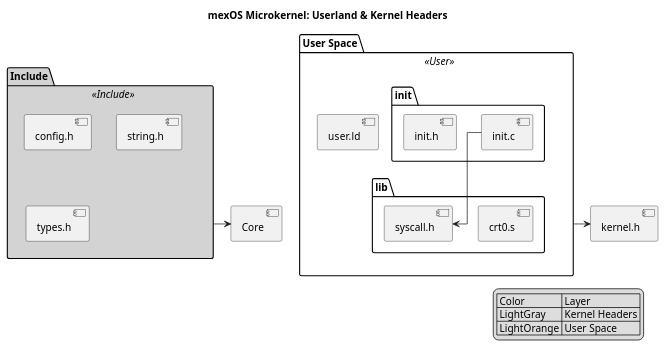
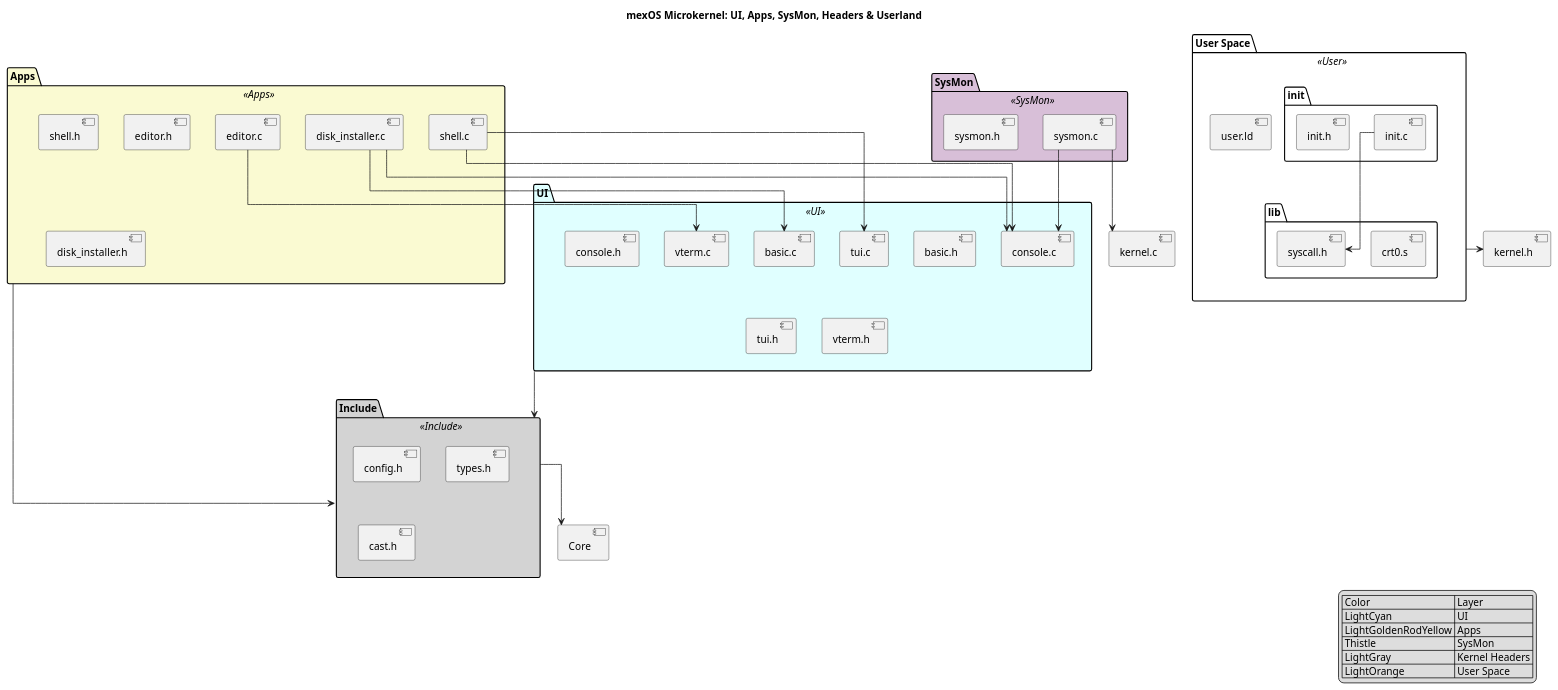
The diagram in docs/UML/user_include.puml (mendax0110/mexOS), drawn with PlantUML before and after one commit. The commit also changed 50 other files, not shown here.

```diff
--- a/docs/UML/user_include.puml
+++ b/docs/UML/user_include.puml
@@ -1,50 +1,101 @@
-@startuml UserInclude
-title mexOS Microkernel: Userland & Kernel Headers
+@startuml UI_Apps_SysMon_User
+title mexOS Microkernel: UI, Apps, SysMon, Headers & Userland
 
 skinparam linetype ortho
 skinparam package {
+    BackgroundColor<<UI>> LightCyan
+    BackgroundColor<<Apps>> LightGoldenRodYellow
+    BackgroundColor<<SysMon>> Thistle
     BackgroundColor<<Include>> LightGray
     BackgroundColor<<User>> LightOrange
     BorderColor Black
     Shadowing false
 }
 
 ' ============================
-' INCLUDE (kernel headers)
+' UI (rendering primitives only)
+' ============================
+package "UI" <<UI>> {
+    [basic.c]
+    [basic.h]
+    [console.c]
+    [console.h]
+    [tui.c]
+    [tui.h]
+    [vterm.c]
+    [vterm.h]
+}
+
+' ============================
+' APPS (built on top of UI)
+' ============================
+package "Apps" <<Apps>> {
+    [shell.c]
+    [shell.h]
+    [editor.c]
+    [editor.h]
+    [disk_installer.c]
+    [disk_installer.h]
+}
+
+' ============================
+' SYSMON
+' ============================
+package "SysMon" <<SysMon>> {
+    [sysmon.c]
+    [sysmon.h]
+}
+
+' ============================
+' INCLUDE (kernel-wide public headers)
 ' ============================
 package "Include" <<Include>> {
     [config.h]
-    [string.h]
     [types.h]
+    [cast.h]
 }
 
 ' ============================
 ' USERSPACE
 ' ============================
 package "User Space" <<User>> {
     package "init" {
         [init.c]
         [init.h]
     }
 
     package "lib" {
         [crt0.s]
         [syscall.h]
     }
 
     [user.ld]
 }
 
 ' Dependencies
+[shell.c] --> [console.c]
+[shell.c] --> [tui.c]
+[editor.c] --> [vterm.c]
+[disk_installer.c] --> [basic.c]
+[disk_installer.c] --> [console.c]
+
+[sysmon.c] --> [console.c]
+[sysmon.c] --> [kernel.c]
+
 [init.c] --> [syscall.h]
 [User Space] --> [kernel.h]
 [Include] --> [Core]
+[UI] --> [Include]
+[Apps] --> [Include]
 
 ' Legend
 legend right
 | Color | Layer |
+| LightCyan | UI |
+| LightGoldenRodYellow | Apps |
+| Thistle | SysMon |
 | LightGray | Kernel Headers |
 | LightOrange | User Space |
 endlegend
 
 @enduml
```
